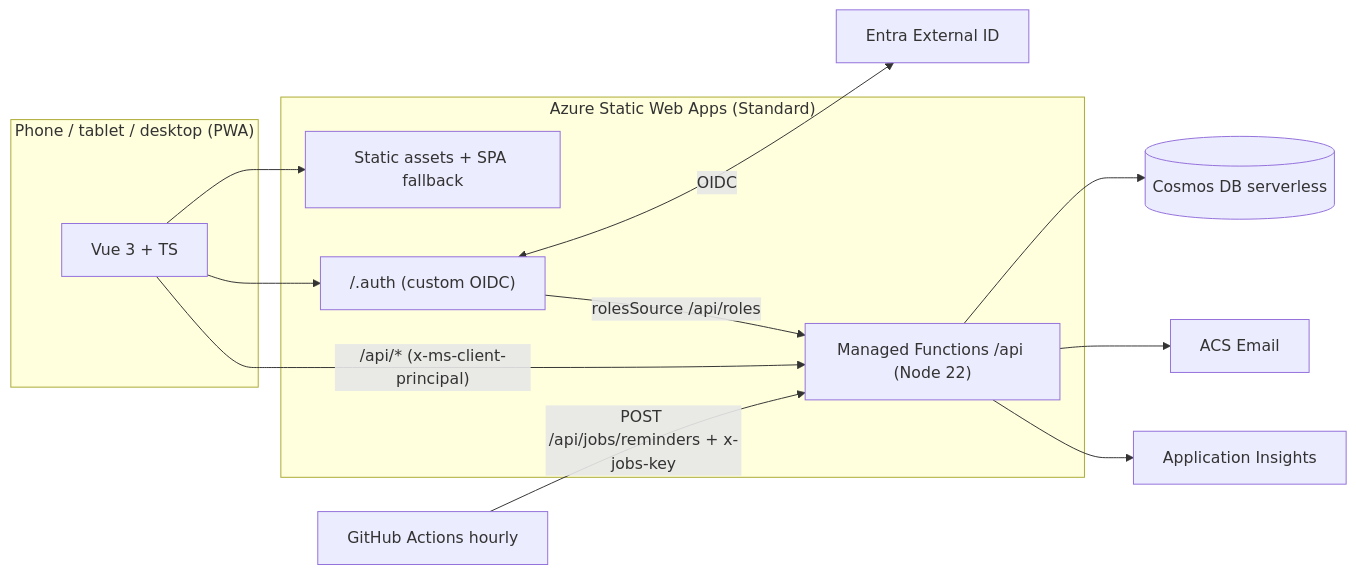
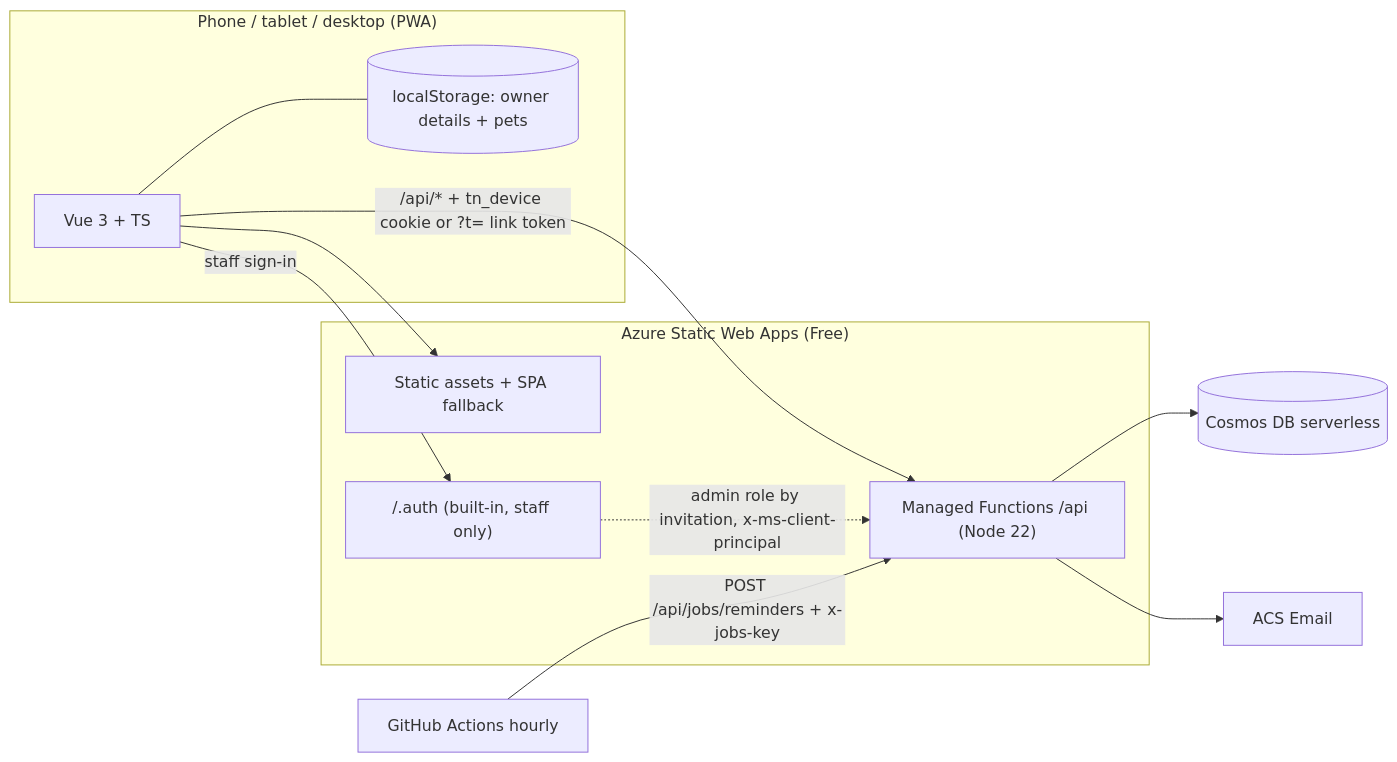
One commit to kylehernandez2491/top-notch-grooming changed the diagram in README.md. Above: the diagram before and after it, drawn with Mermaid. The commit also changed other lines of this file and 53 other files, not shown here.

Commit message:
Remove customer sign-in: owner details on device, staff use built-in login

````diff
--- a/README.md
+++ b/README.md
@@ -51,20 +52,20 @@
 ```mermaid
 flowchart LR
   subgraph Browser["Phone / tablet / desktop (PWA)"]
     UI[Vue 3 + TS]
+    LS[("localStorage: owner details + pets")]
   end
-  subgraph SWA["Azure Static Web Apps (Standard)"]
+  subgraph SWA["Azure Static Web Apps (Free)"]
     CDN[Static assets + SPA fallback]
-    AUTH["/.auth (custom OIDC)"]
+    AUTH["/.auth (built-in, staff only)"]
     API["Managed Functions /api (Node 22)"]
   end
+  UI --- LS
   UI --> CDN
-  UI --> AUTH
-  UI -->|"/api/* (x-ms-client-principal)"| API
-  AUTH <-->|OIDC| EID[Entra External ID]
-  AUTH -->|rolesSource /api/roles| API
+  UI -->|"/api/* + tn_device cookie or ?t= link token"| API
+  UI -->|staff sign-in| AUTH
+  AUTH -.->|"admin role by invitation, x-ms-client-principal"| API
   API --> COSMOS[(Cosmos DB serverless)]
   API --> ACS[ACS Email]
-  API --> AI[Application Insights]
   GH[GitHub Actions hourly] -->|POST /api/jobs/reminders + x-jobs-key| API
 ```
````
